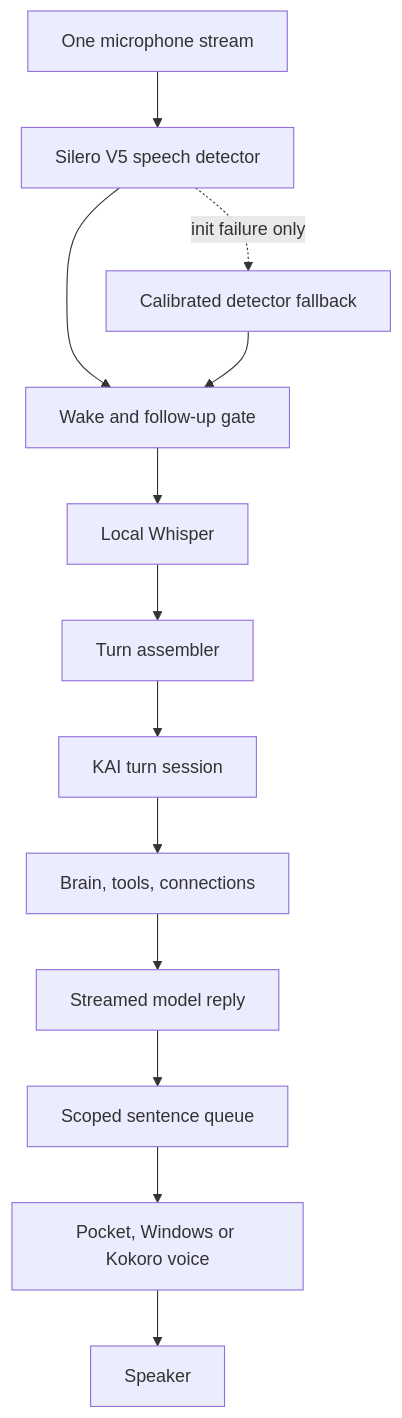
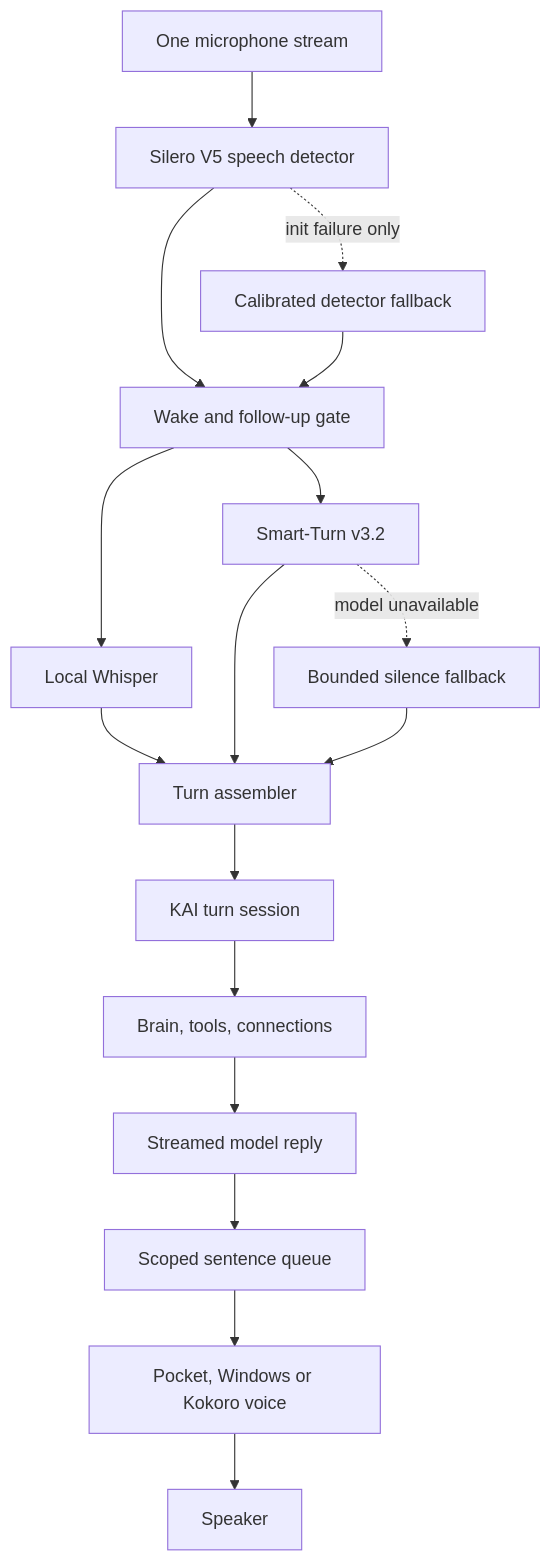
One commit to therexdev/kaiapp changed the second of 2 diagrams in docs/KAI_LIVE_SENSES_ARCHITECTURE.md. Above: the diagram before and after it, drawn with Mermaid. The commit also changed other lines of this file and 24 other files, not shown here.

Commit message:
Add Smart-Turn semantic endpointing

````diff
--- a/docs/KAI_LIVE_SENSES_ARCHITECTURE.md
+++ b/docs/KAI_LIVE_SENSES_ARCHITECTURE.md
@@ -44,15 +44,19 @@
 ```mermaid
 flowchart TD
     A["One microphone stream"] --> B["Silero V5 speech detector"]
     B -. "init failure only" .-> X["Calibrated detector fallback"]
     B --> C["Wake and follow-up gate"]
     X --> C
     C --> D["Local Whisper"]
-    D --> E["Turn assembler"]
-    E --> F["KAI turn session"]
-    F --> G["Brain, tools, connections"]
-    G --> H["Streamed model reply"]
-    H --> I["Scoped sentence queue"]
-    I --> J["Pocket, Windows or Kokoro voice"]
-    J --> K["Speaker"]
+    C --> E["Smart-Turn v3.2"]
+    E -. "model unavailable" .-> X2["Bounded silence fallback"]
+    D --> F["Turn assembler"]
+    E --> F
+    X2 --> F
+    F --> G["KAI turn session"]
+    G --> H["Brain, tools, connections"]
+    H --> I["Streamed model reply"]
+    I --> J["Scoped sentence queue"]
+    J --> K["Pocket, Windows or Kokoro voice"]
+    K --> L["Speaker"]
 ```
````
